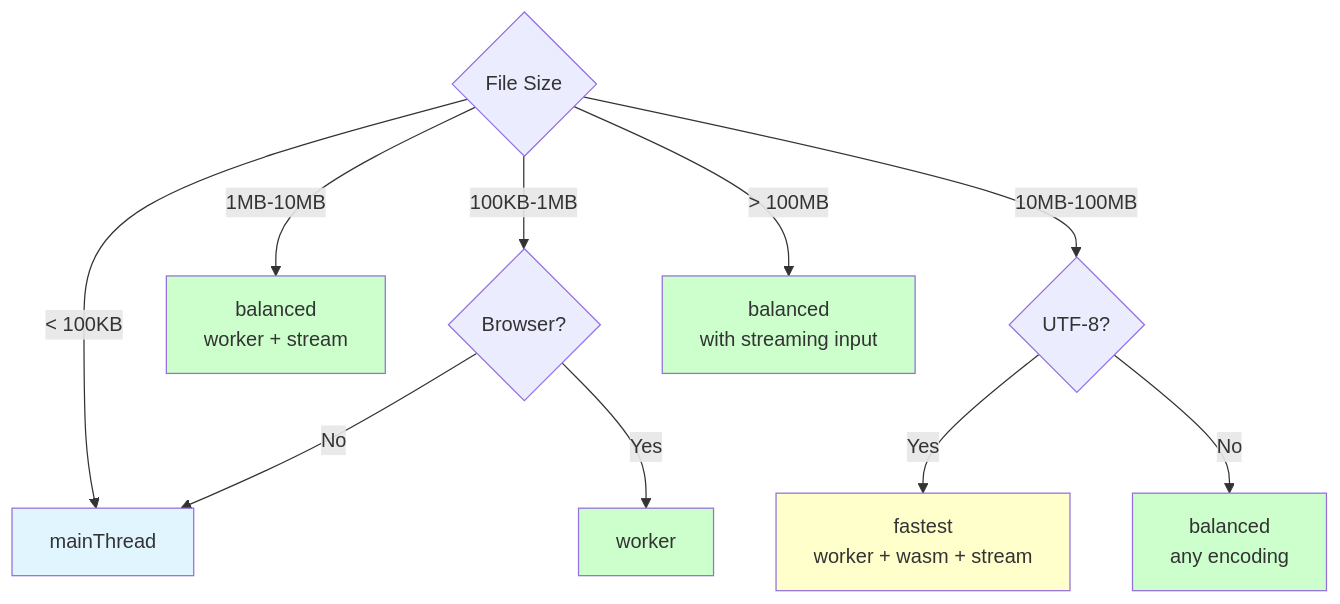
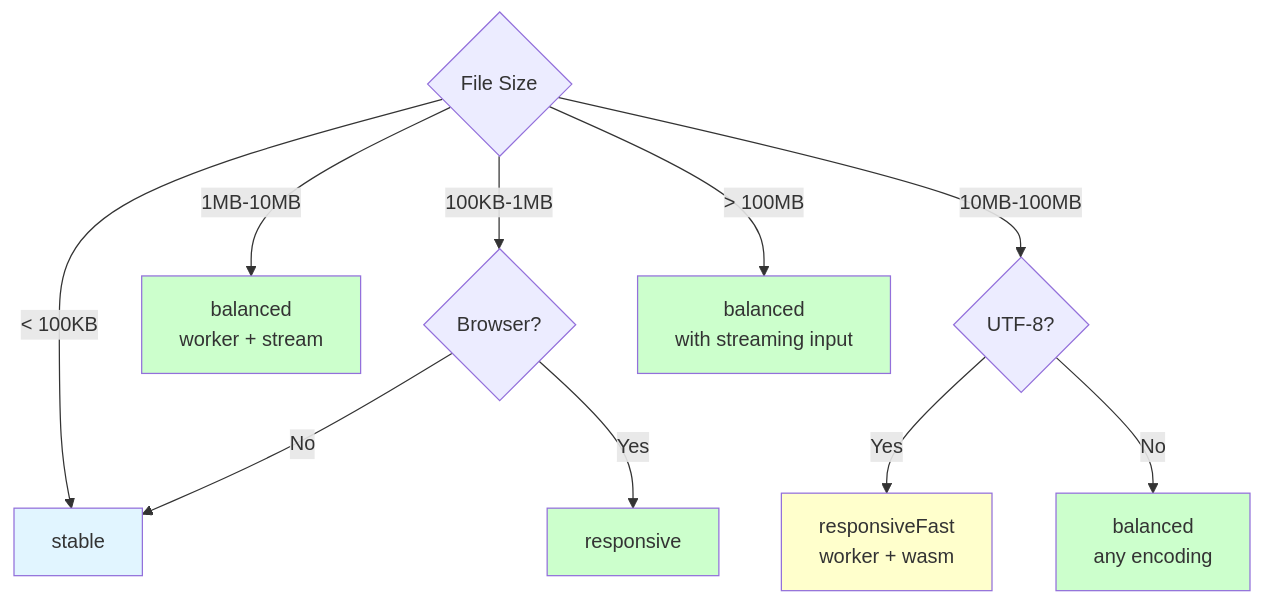
Before and after one commit to kamiazya/web-csv-toolbox: the sixth of 6 diagrams in docs/explanation/execution-strategies.md, drawn with Mermaid. The commit also changed other lines of this file and 75 other files, not shown here.

````diff
--- a/docs/explanation/execution-strategies.md
+++ b/docs/explanation/execution-strategies.md
@@ -641,22 +641,22 @@
 ```mermaid
 graph TD
-    Start{File Size} --> |< 100KB| MainThread[mainThread]
+    Start{File Size} --> |< 100KB| Stable[stable]
     Start --> |100KB-1MB| Choice1{Browser?}
-    Choice1 --> |Yes| Worker1[worker]
-    Choice1 --> |No| MainThread
+    Choice1 --> |Yes| Responsive[responsive]
+    Choice1 --> |No| Stable
 
     Start --> |1MB-10MB| Balanced[balanced<br/>worker + stream]
 
     Start --> |10MB-100MB| UTF8{UTF-8?}
-    UTF8 --> |Yes| Fastest[fastest<br/>worker + wasm + stream]
+    UTF8 --> |Yes| ResponsiveFast[responsiveFast<br/>worker + wasm]
     UTF8 --> |No| Balanced2[balanced<br/>any encoding]
 
     Start --> |> 100MB| Stream[balanced<br/>with streaming input]
 
-    style MainThread fill:#e1f5ff
-    style Worker1 fill:#ccffcc
+    style Stable fill:#e1f5ff
+    style Responsive fill:#ccffcc
     style Balanced fill:#ccffcc
-    style Fastest fill:#ffffcc
+    style ResponsiveFast fill:#ffffcc
     style Balanced2 fill:#ccffcc
     style Stream fill:#ccffcc
 ```
````
